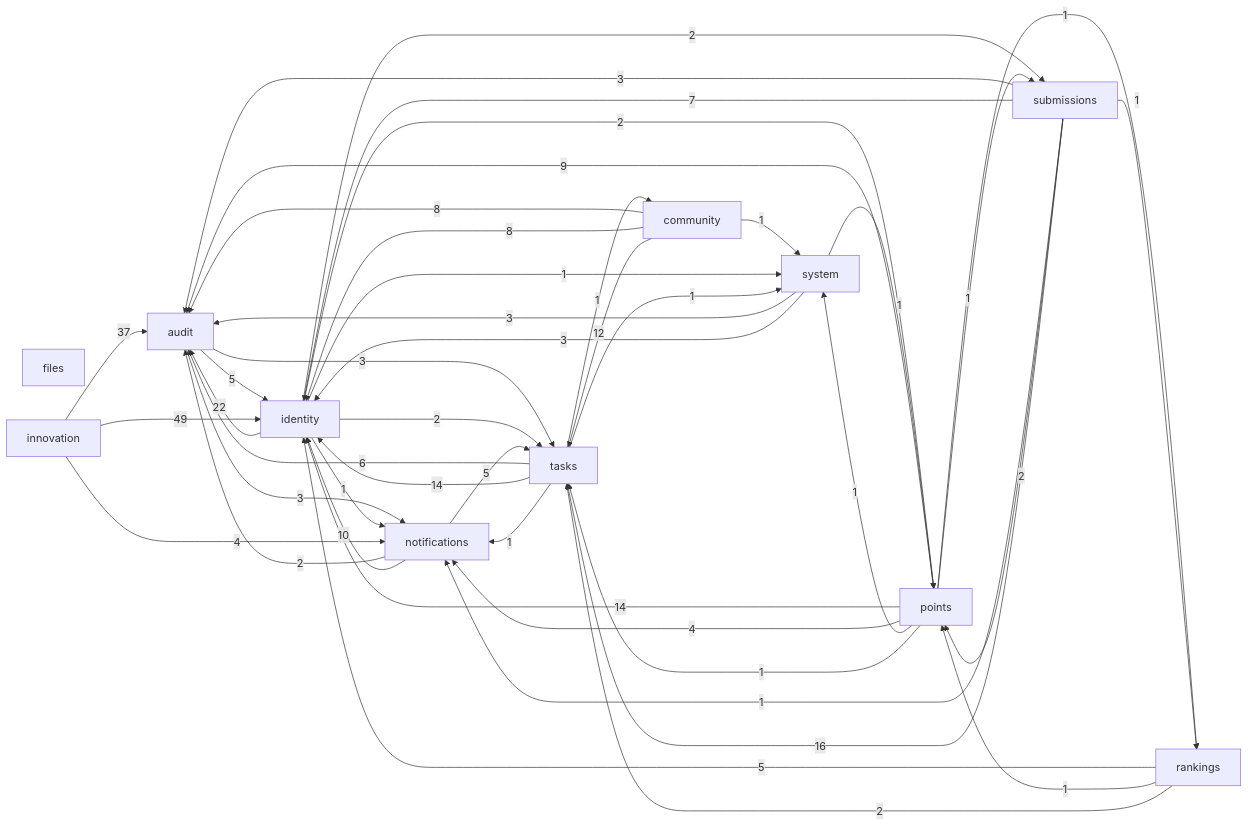
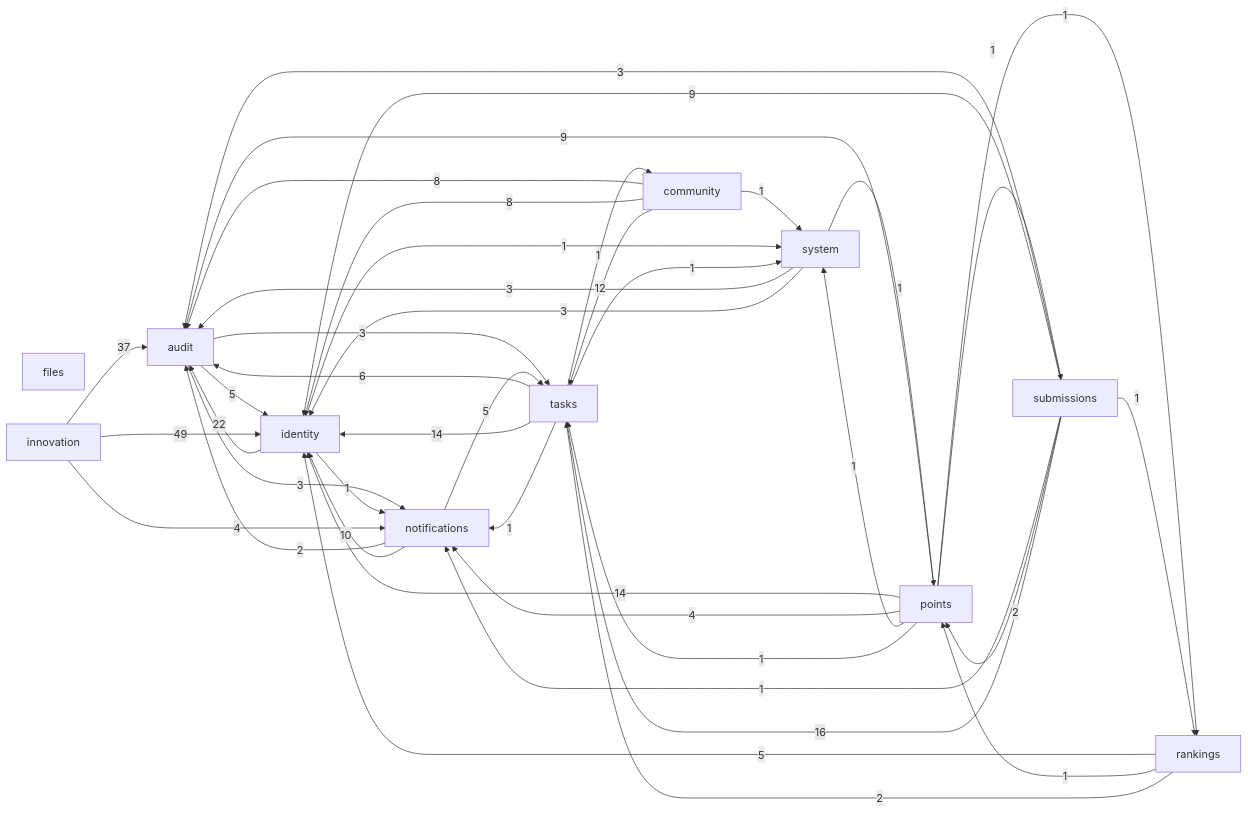
Before and after one commit to Penghuige/campus-quest: the first of 2 diagrams in docs/architecture/as-built.md, drawn with Mermaid. The commit also changed other lines of this file and 8 other files, not shown here.

Commit message:
refactor(architecture): eliminate notifications->identity ORM waivers and identity reverse ORM cycles

````diff
--- a/docs/architecture/as-built.md
+++ b/docs/architecture/as-built.md
@@ -18,57 +18,54 @@
 ```mermaid
 flowchart LR
     audit[audit]
     community[community]
     files[files]
     identity[identity]
     innovation[innovation]
     notifications[notifications]
     points[points]
     rankings[rankings]
     submissions[submissions]
     system[system]
     tasks[tasks]
     audit -->|5| identity
     audit -->|3| notifications
     audit -->|3| tasks
     community -->|8| audit
     community -->|8| identity
     community -->|1| system
     community -->|12| tasks
     identity -->|22| audit
     identity -->|1| notifications
-    identity -->|2| points
-    identity -->|2| submissions
     identity -->|1| system
-    identity -->|2| tasks
     innovation -->|37| audit
     innovation -->|49| identity
     innovation -->|4| notifications
     notifications -->|2| audit
     notifications -->|10| identity
     notifications -->|5| tasks
     points -->|9| audit
     points -->|14| identity
     points -->|4| notifications
     points -->|1| rankings
     points -->|1| submissions
     points -->|1| system
     points -->|1| tasks
     rankings -->|5| identity
     rankings -->|1| points
     rankings -->|2| tasks
     submissions -->|3| audit
-    submissions -->|7| identity
+    submissions -->|9| identity
     submissions -->|1| notifications
     submissions -->|2| points
     submissions -->|1| rankings
     submissions -->|16| tasks
     system -->|3| audit
     system -->|3| identity
     system -->|1| points
     tasks -->|6| audit
     tasks -->|1| community
     tasks -->|14| identity
     tasks -->|1| notifications
     tasks -->|1| system
 ```
````
